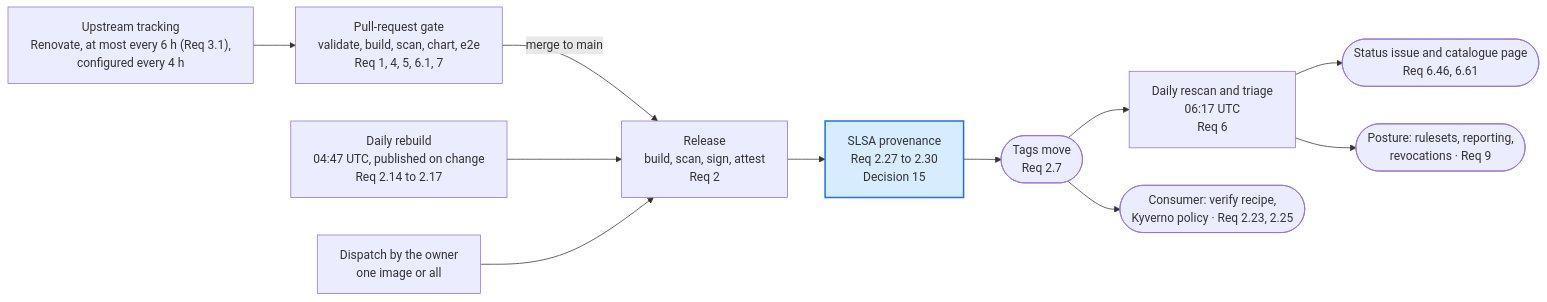
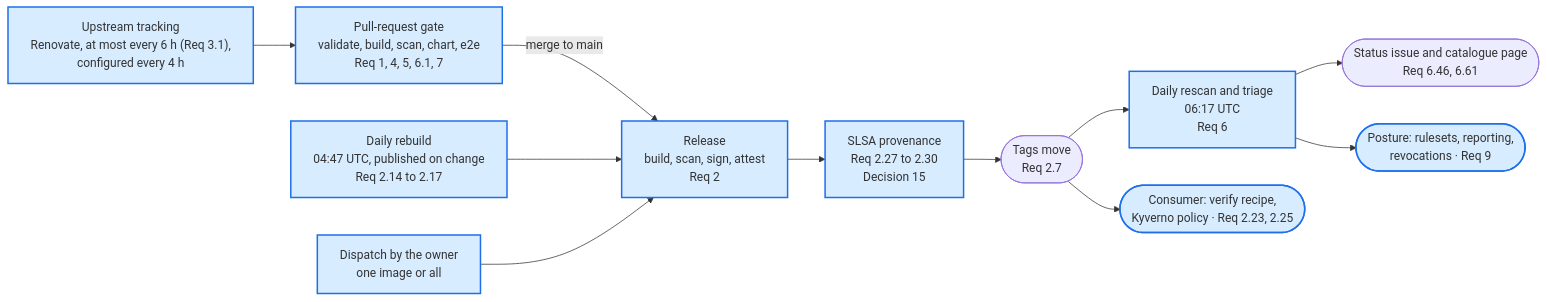
One commit to mm-weber/dhc-pipeline changed the first of 31 diagrams in docs/lanes.md. Above: the diagram before and after it, drawn with Mermaid. The commit also changed other lines of this file and 6 other files, not shown here.

First line of the commit message:
docs: every lane drawn, the old diagrams point to them (plan 5; task 19.6) (#435)

````diff
--- a/docs/lanes.md
+++ b/docs/lanes.md
@@ -9,16 +9,16 @@
 ```mermaid
 %%{init: {"flowchart": {"wrappingWidth": 340}}}%%
 flowchart LR
     U["Upstream tracking<br/>Renovate, at most every 6 h (Req 3.1),<br/>configured every 4 h"] --> G["Pull-request gate<br/>validate, build, scan, chart, e2e<br/>Req 1, 4, 5, 6.1, 7"]
     G -->|merge to main| R["Release<br/>build, scan, sign, attest<br/>Req 2"]
     S["Daily rebuild<br/>04:47 UTC, published on change<br/>Req 2.14 to 2.17"] --> R
     DSP["Dispatch by the owner<br/>one image or all"] --> R
     R --> P["SLSA provenance<br/>Req 2.27 to 2.30<br/>Decision 15"]
     P --> T(["Tags move<br/>Req 2.7"])
     T --> D["Daily rescan and triage<br/>06:17 UTC<br/>Req 6"]
     D --> ST(["Status issue and catalogue page<br/>Req 6.46, 6.61"])
     D --> GOV(["Posture: rulesets, reporting,<br/>revocations · Req 9"])
     T --> C(["Consumer: verify recipe,<br/>Kyverno policy · Req 2.23, 2.25"])
     classDef drawn fill:#d7ecff,stroke:#1f6feb,stroke-width:2px
-    class P drawn
+    class U,G,R,S,DSP,P,D,GOV,C drawn
 ```
````
